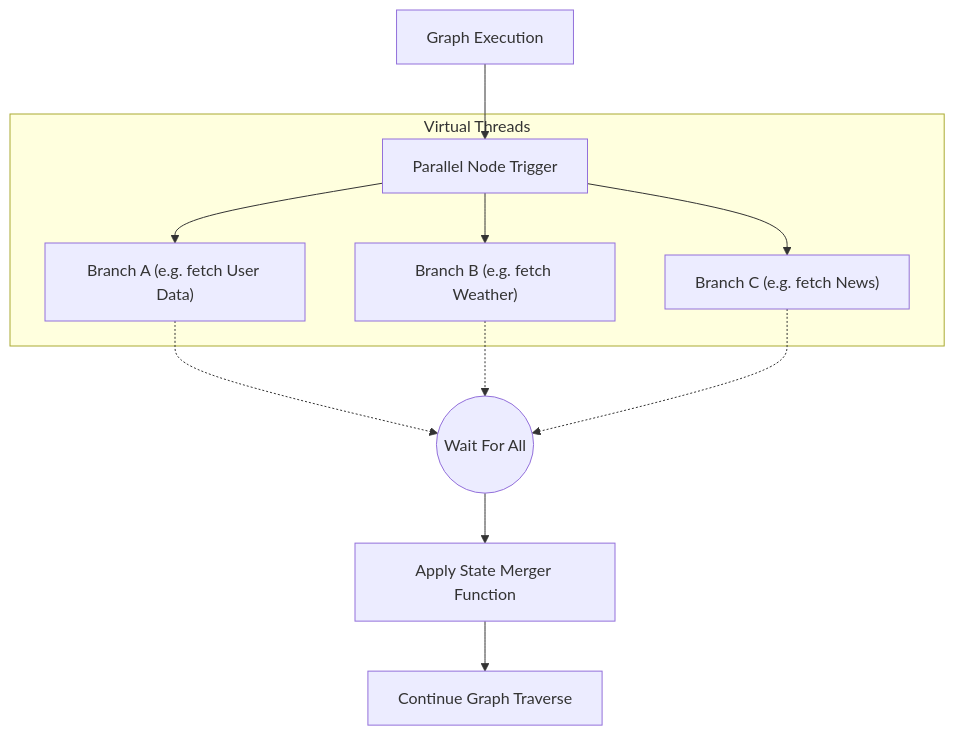
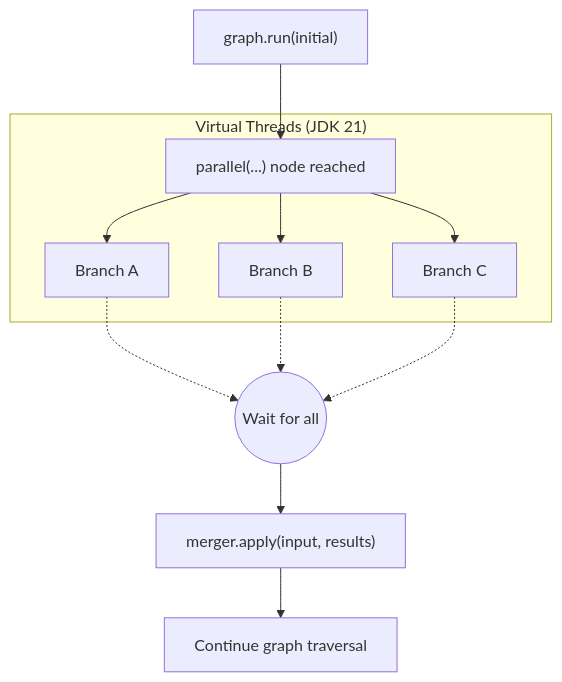
One commit to kimhongzhang323/TraceGraph changed the seventh of 7 diagrams in tracegraph-runtime/README.md. Above: the diagram before and after it, drawn with Mermaid. The commit also changed other lines of this file, not shown here.

Commit message:
docs(runtime): full English README with checkpoint ER diagram, interrupt/resume walkthrough

````diff
--- a/tracegraph-runtime/README.md
+++ b/tracegraph-runtime/README.md
@@ -18,17 +202,14 @@
 ```mermaid
 graph TD
-    Start["Graph Execution"] --> Fork["Parallel Node Trigger"]
-    
-    subgraph Concurrent Execution ["Virtual Threads"]
-        Fork --> Branch1["Branch A (e.g. fetch User Data)"]
-        Fork --> Branch2["Branch B (e.g. fetch Weather)"]
-        Fork --> Branch3["Branch C (e.g. fetch News)"]
+    Start["graph.run(initial)"] --> Fork["parallel(...) node reached"]
+    subgraph VirtualThreads["Virtual Threads (JDK 21)"]
+        Fork --> B1["Branch A"]
+        Fork --> B2["Branch B"]
+        Fork --> B3["Branch C"]
     end
-    
-    Branch1 -.-> Join
-    Branch2 -.-> Join
-    Branch3 -.-> Join
-    
-    Join(("Wait For All")) --> Merge["Apply State Merger Function"]
-    Merge --> Continue["Continue Graph Traverse"]
+    B1 -.-> Join
+    B2 -.-> Join
+    B3 -.-> Join
+    Join(("Wait for all")) --> Merge["merger.apply(input, results)"]
+    Merge --> Continue["Continue graph traversal"]
 ```
````
